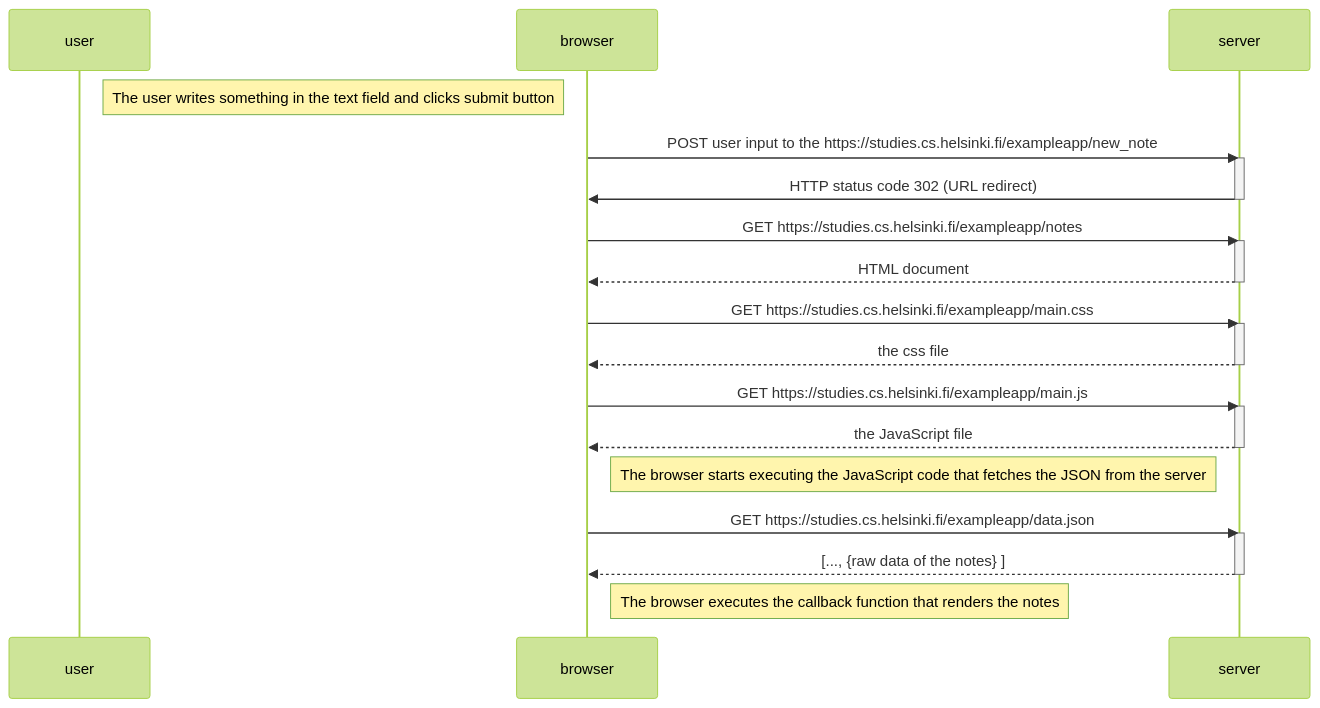
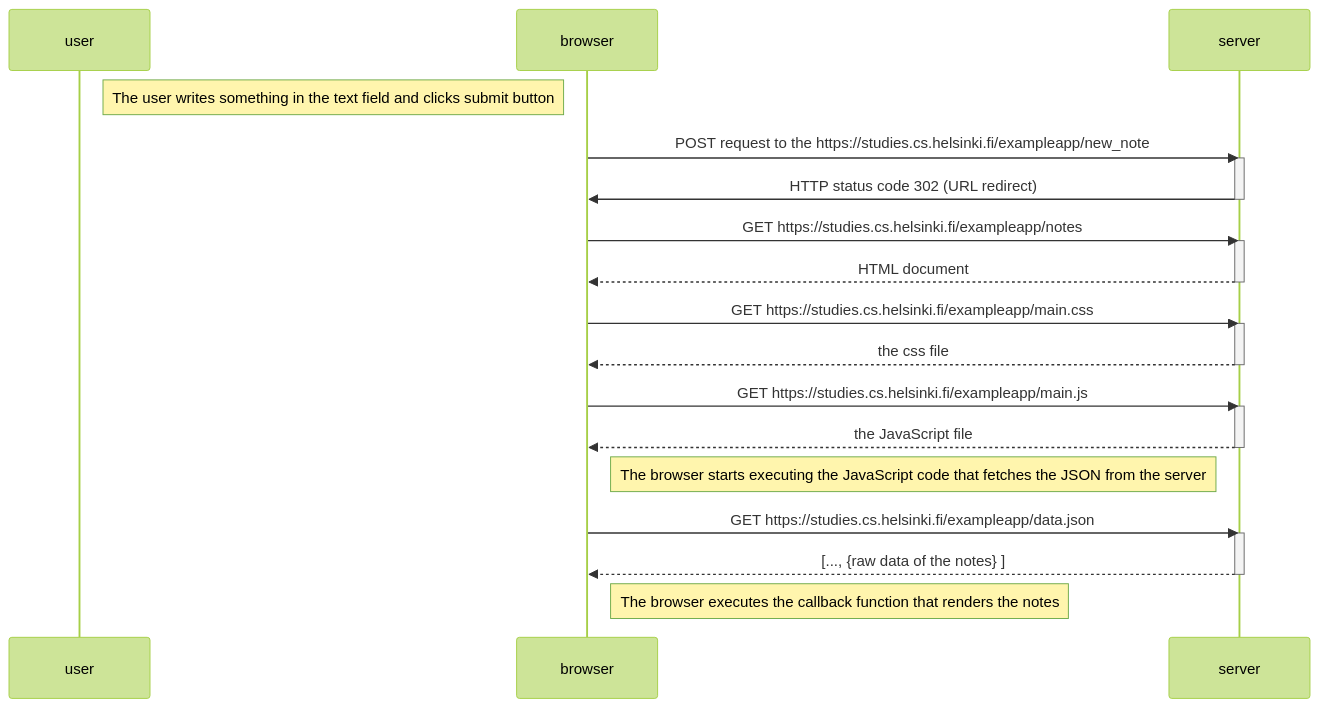
The diagram in part0/4-newnotediagram.md (irakli689/fullstackopen), drawn with Mermaid (forest theme) before and after one commit. The commit also changed 1 other file, not shown here.

Commit message:
Finished part0 exercises
In the last exercise I created mermaid diagram which represents actions among browser and server when user creates a new note using the single-page version of the app and also made changes in the first exercise.

````diff
--- a/part0/4-newnotediagram.md
+++ b/part0/4-newnotediagram.md
@@ -1,37 +1,37 @@
 ```mermaid
 sequenceDiagram
     participant user
     participant browser
     participant server
     
 
     Note right of user: The user writes something in the text field and clicks submit button
     
-    browser->>server: POST user input to the https://studies.cs.helsinki.fi/exampleapp/new_note
+    browser->>server: POST request to the https://studies.cs.helsinki.fi/exampleapp/new_note
     activate server
     server->>browser: HTTP status code 302 (URL redirect)
     deactivate server
 
     browser->>server: GET https://studies.cs.helsinki.fi/exampleapp/notes
     activate server
     server-->>browser: HTML document
     deactivate server
 
     browser->>server: GET https://studies.cs.helsinki.fi/exampleapp/main.css
     activate server
     server-->>browser: the css file
     deactivate server
 
     browser->>server: GET https://studies.cs.helsinki.fi/exampleapp/main.js
     activate server
     server-->>browser: the JavaScript file
     deactivate server
     Note right of browser: The browser starts executing the JavaScript code that fetches the JSON from the server
 
     browser->>server: GET https://studies.cs.helsinki.fi/exampleapp/data.json
     activate server
     server-->>browser: [..., {raw data of the notes} ]
     deactivate server
 
     Note right of browser: The browser executes the callback function that renders the notes
 ```
````
